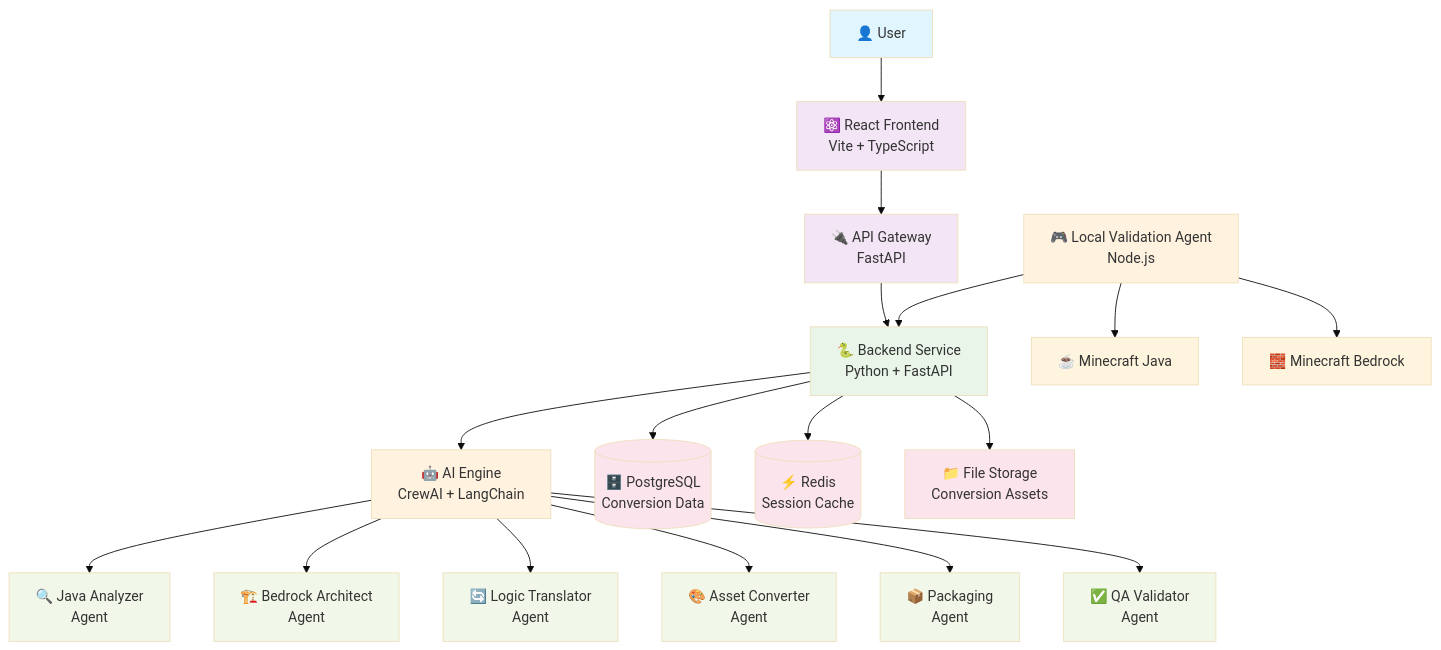
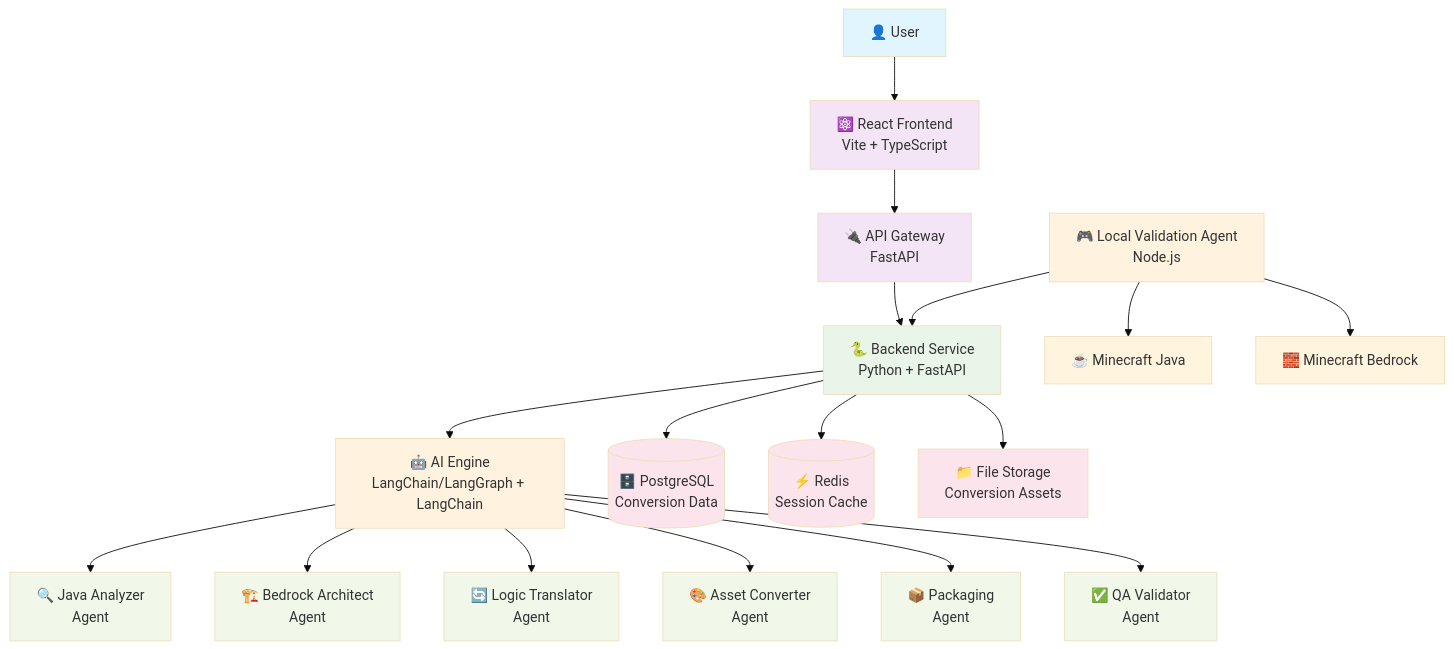
One commit to anchapin/ModPorter-AI changed the first of 5 diagrams in docs/DIAGRAMS.md. Above: the diagram before and after it, drawn with Mermaid (base theme). The commit also changed 64 other files, not shown here.

````diff
--- a/docs/DIAGRAMS.md
+++ b/docs/DIAGRAMS.md
@@ -7,36 +7,36 @@
 ```mermaid
 graph TB
     User[👤 User] --> Frontend[⚛️ React Frontend<br/>Vite + TypeScript]
     Frontend --> API[🔌 API Gateway<br/>FastAPI]
     
     API --> Backend[🐍 Backend Service<br/>Python + FastAPI]
-    Backend --> AIEngine[🤖 AI Engine<br/>CrewAI + LangChain]
+    Backend --> AIEngine[🤖 AI Engine<br/>LangChain/LangGraph + LangChain]
     Backend --> Database[(🗄️ PostgreSQL<br/>Conversion Data)]
     Backend --> Cache[(⚡ Redis<br/>Session Cache)]
     Backend --> FileStorage[📁 File Storage<br/>Conversion Assets]
     
     AIEngine --> JavaAnalyzer[🔍 Java Analyzer<br/>Agent]
     AIEngine --> BedrockArchitect[🏗️ Bedrock Architect<br/>Agent]
     AIEngine --> LogicTranslator[🔄 Logic Translator<br/>Agent]
     AIEngine --> AssetConverter[🎨 Asset Converter<br/>Agent]
     AIEngine --> PackagingAgent[📦 Packaging<br/>Agent]
     AIEngine --> QAValidator[✅ QA Validator<br/>Agent]
     
     LocalAgent[🎮 Local Validation Agent<br/>Node.js] --> MinecraftJava[☕ Minecraft Java]
     LocalAgent --> MinecraftBedrock[🧱 Minecraft Bedrock]
     LocalAgent --> Backend
     
     classDef userClass fill:#e1f5fe
     classDef frontendClass fill:#f3e5f5
     classDef backendClass fill:#e8f5e8
     classDef aiClass fill:#fff3e0
     classDef dataClass fill:#fce4ec
     classDef agentClass fill:#f1f8e9
     
     class User userClass
     class Frontend,API frontendClass
     class Backend backendClass
     class AIEngine,LocalAgent aiClass
     class Database,Cache,FileStorage dataClass
     class JavaAnalyzer,BedrockArchitect,LogicTranslator,AssetConverter,PackagingAgent,QAValidator agentClass
 ```
````
